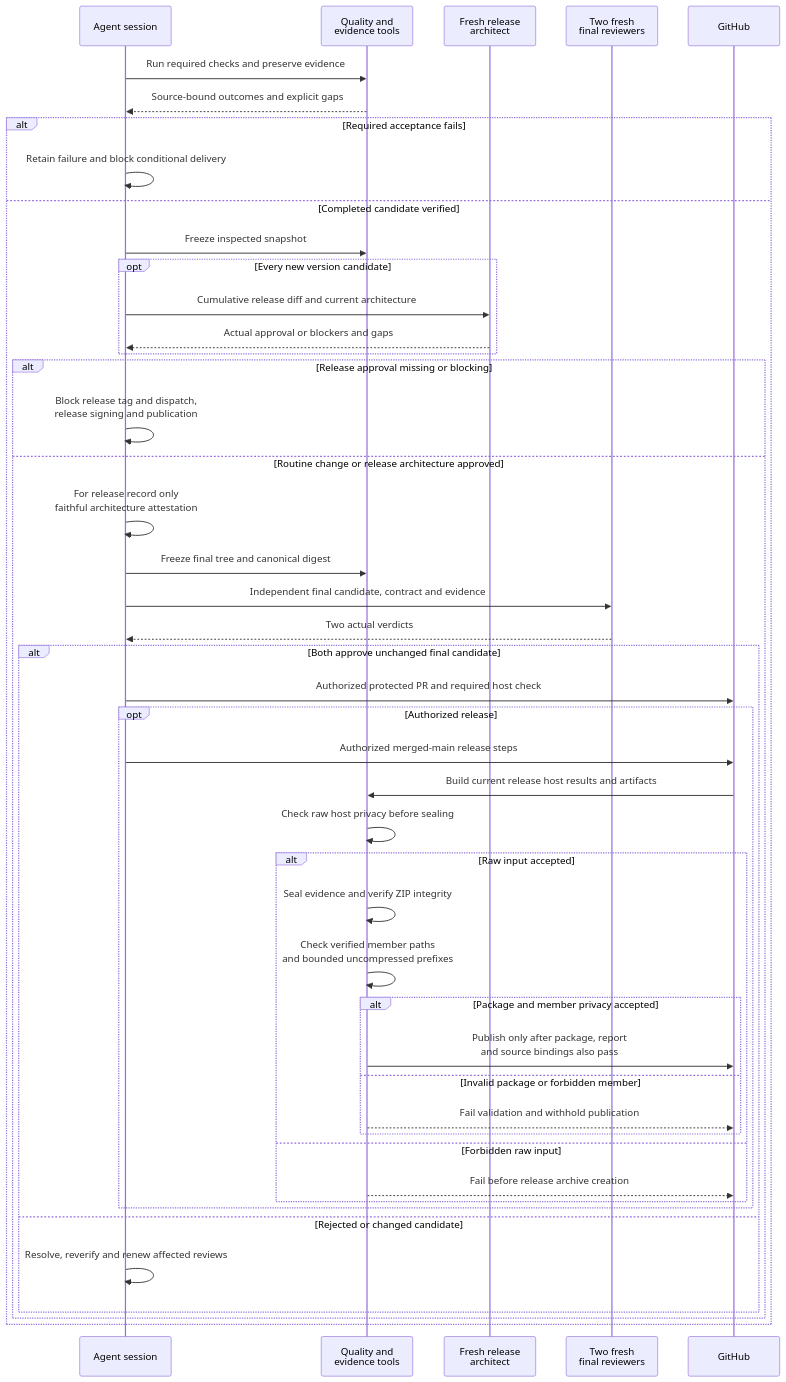
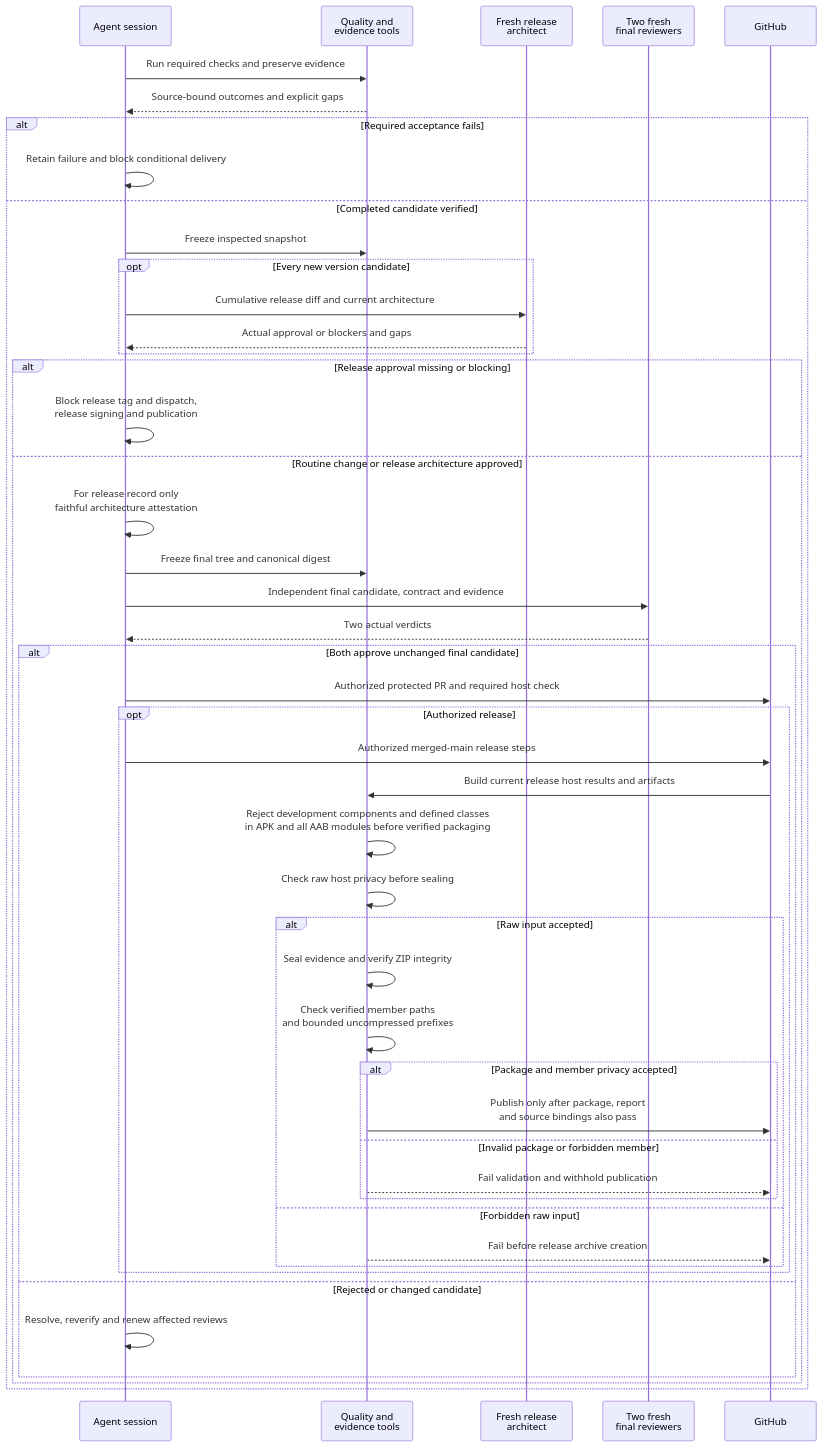
Before and after one commit to PhiLong-Ho/DexDroid: the second of 2 diagrams in docs/architecture/features/verification-and-release.md, drawn with Mermaid. The commit also changed other lines of this file and 24 other files, not shown here.

````diff
--- a/docs/architecture/features/verification-and-release.md
+++ b/docs/architecture/features/verification-and-release.md
@@ -44,48 +46,49 @@
 ```mermaid
 sequenceDiagram
     participant A as Agent session
     participant T as Quality and<br/>evidence tools
     participant AR as Fresh release<br/>architect
     participant R as Two fresh<br/>final reviewers
     participant G as GitHub
     A->>T: Run required checks and preserve evidence
     T-->>A: Source-bound outcomes and explicit gaps
     alt Required acceptance fails
         A->>A: Retain failure and block conditional delivery
     else Completed candidate verified
         A->>T: Freeze inspected snapshot
         opt Every new version candidate
             A->>AR: Cumulative release diff and current architecture
             AR-->>A: Actual approval or blockers and gaps
         end
         alt Release approval missing or blocking
             A->>A: Block release tag and dispatch,<br/>release signing and publication
         else Routine change or release architecture approved
             A->>A: For release record only<br/>faithful architecture attestation
             A->>T: Freeze final tree and canonical digest
             A->>R: Independent final candidate, contract and evidence
             R-->>A: Two actual verdicts
             alt Both approve unchanged final candidate
                 A->>G: Authorized protected PR and required host check
                 opt Authorized release
                     A->>G: Authorized merged-main release steps
                     G->>T: Build current release host results and artifacts
+                    T->>T: Reject development components and defined classes<br/>in APK and all AAB modules before verified packaging
                     T->>T: Check raw host privacy before sealing
                     alt Raw input accepted
                         T->>T: Seal evidence and verify ZIP integrity
                         T->>T: Check verified member paths<br/>and bounded uncompressed prefixes
                         alt Package and member privacy accepted
                             T->>G: Publish only after package, report<br/>and source bindings also pass
                         else Invalid package or forbidden member
                             T-->>G: Fail validation and withhold publication
                         end
                     else Forbidden raw input
                         T-->>G: Fail before release archive creation
                     end
                 end
             else Rejected or changed candidate
                 A->>A: Resolve, reverify and renew affected reviews
             end
         end
     end
 ```
````
